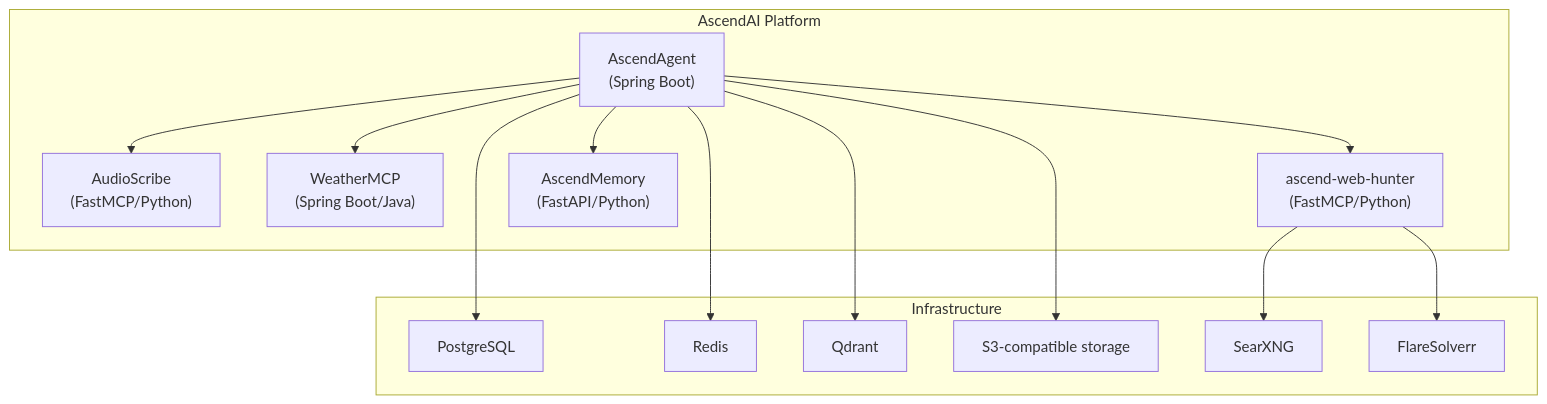
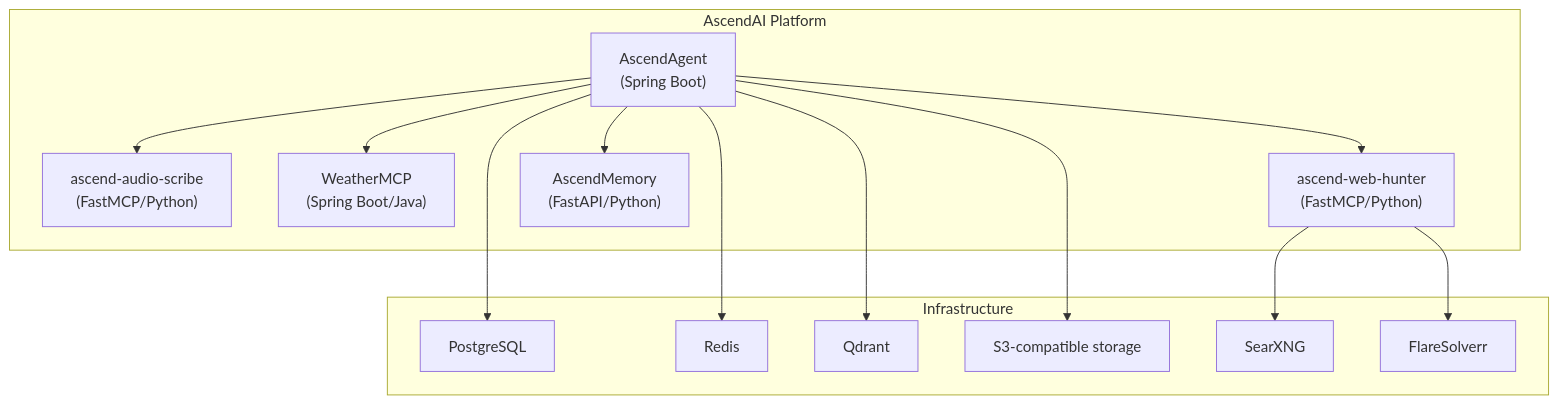
One commit to Lukk17/AscendAI changed the first of 2 diagrams in AscendAgent/docs/architecture/arc42/05-building-block-view.md. Above: the diagram before and after it, drawn with Mermaid. The commit also changed 218 other files, not shown here.

````diff
--- a/AscendAgent/docs/architecture/arc42/05-building-block-view.md
+++ b/AscendAgent/docs/architecture/arc42/05-building-block-view.md
@@ -7,30 +7,30 @@
 ```mermaid
 graph TB
     subgraph "AscendAI Platform"
         AscendAgent["AscendAgent<br/>(Spring Boot)"]
-        AudioScribe["AudioScribe<br/>(FastMCP/Python)"]
+        AudioScribe["ascend-audio-scribe<br/>(FastMCP/Python)"]
         Weather["WeatherMCP<br/>(Spring Boot/Java)"]
         WebHunter["ascend-web-hunter<br/>(FastMCP/Python)"]
         Memory["AscendMemory<br/>(FastAPI/Python)"]
     end
 
     subgraph "Infrastructure"
         Postgres["PostgreSQL"]
         Redis["Redis"]
         Qdrant["Qdrant"]
         S3["S3-compatible storage"]
         SearXNG["SearXNG"]
         FlareSolverr["FlareSolverr"]
     end
 
     AscendAgent --> AudioScribe
     AscendAgent --> Weather
     AscendAgent --> WebHunter
     AscendAgent --> Memory
     AscendAgent --> Postgres
     AscendAgent --> Redis
     AscendAgent --> Qdrant
     AscendAgent --> S3
     WebHunter --> SearXNG
     WebHunter --> FlareSolverr
 ```
````
